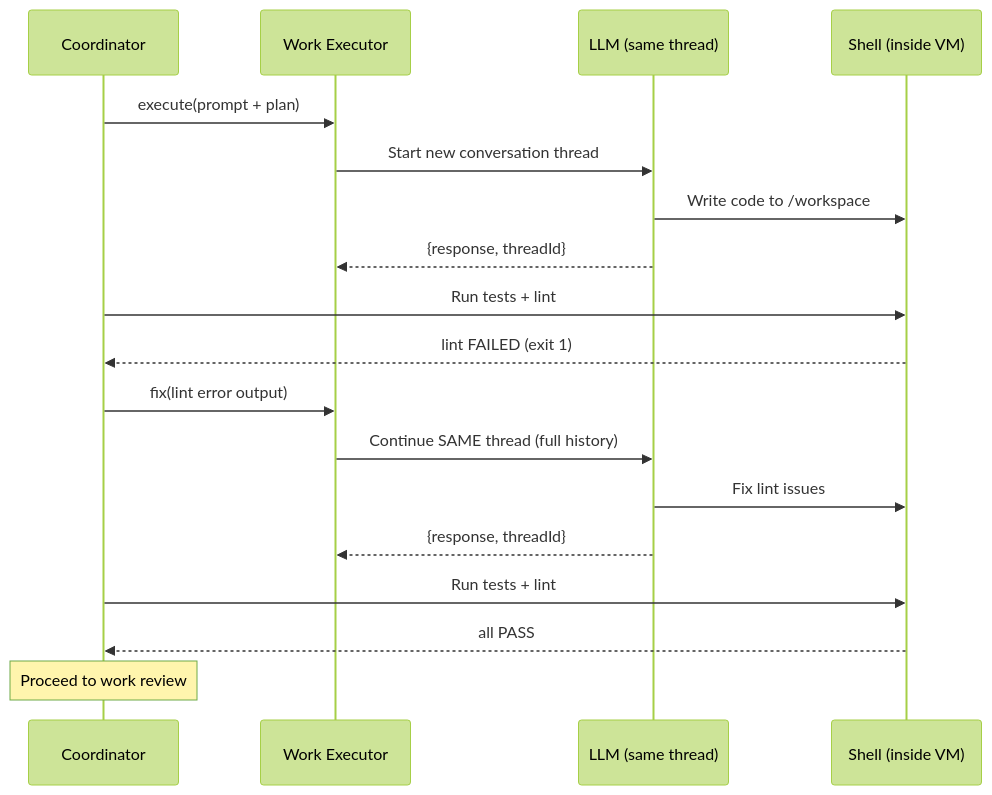
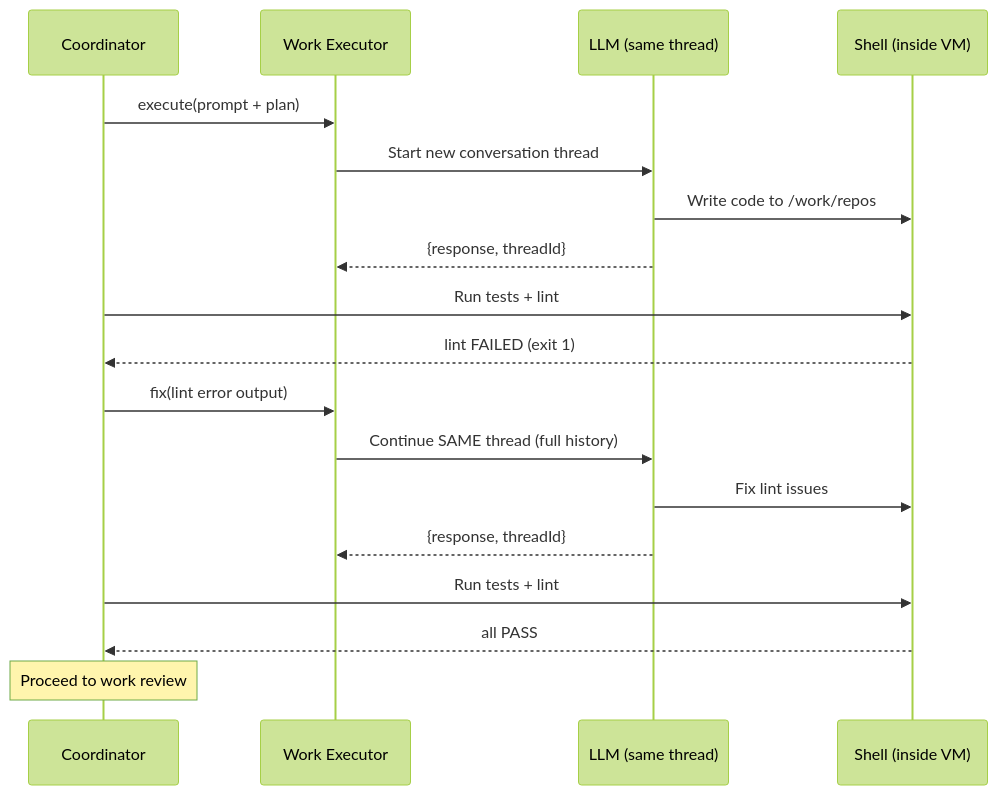
Before and after one commit to ShravanSunder/agent-vm: the second of 2 diagrams in docs/architecture/agent-worker-gateway.md, drawn with Mermaid (forest theme). The commit also changed other lines of this file and 11 other files, not shown here.

````diff
--- a/docs/architecture/agent-worker-gateway.md
+++ b/docs/architecture/agent-worker-gateway.md
@@ -387,25 +388,25 @@
 ```mermaid
 sequenceDiagram
     participant Coord as Coordinator
     participant Exec as Work Executor
     participant LLM as LLM (same thread)
     participant Shell as Shell (inside VM)
 
     Coord->>Exec: execute(prompt + plan)
     Exec->>LLM: Start new conversation thread
-    LLM->>Shell: Write code to /workspace
+    LLM->>Shell: Write code to /work/repos
     LLM-->>Exec: {response, threadId}
 
     Coord->>Shell: Run tests + lint
     Shell-->>Coord: lint FAILED (exit 1)
 
     Coord->>Exec: fix(lint error output)
     Exec->>LLM: Continue SAME thread (full history)
     LLM->>Shell: Fix lint issues
     LLM-->>Exec: {response, threadId}
 
     Coord->>Shell: Run tests + lint
     Shell-->>Coord: all PASS
 
     Note over Coord: Proceed to work review
 ```
````
